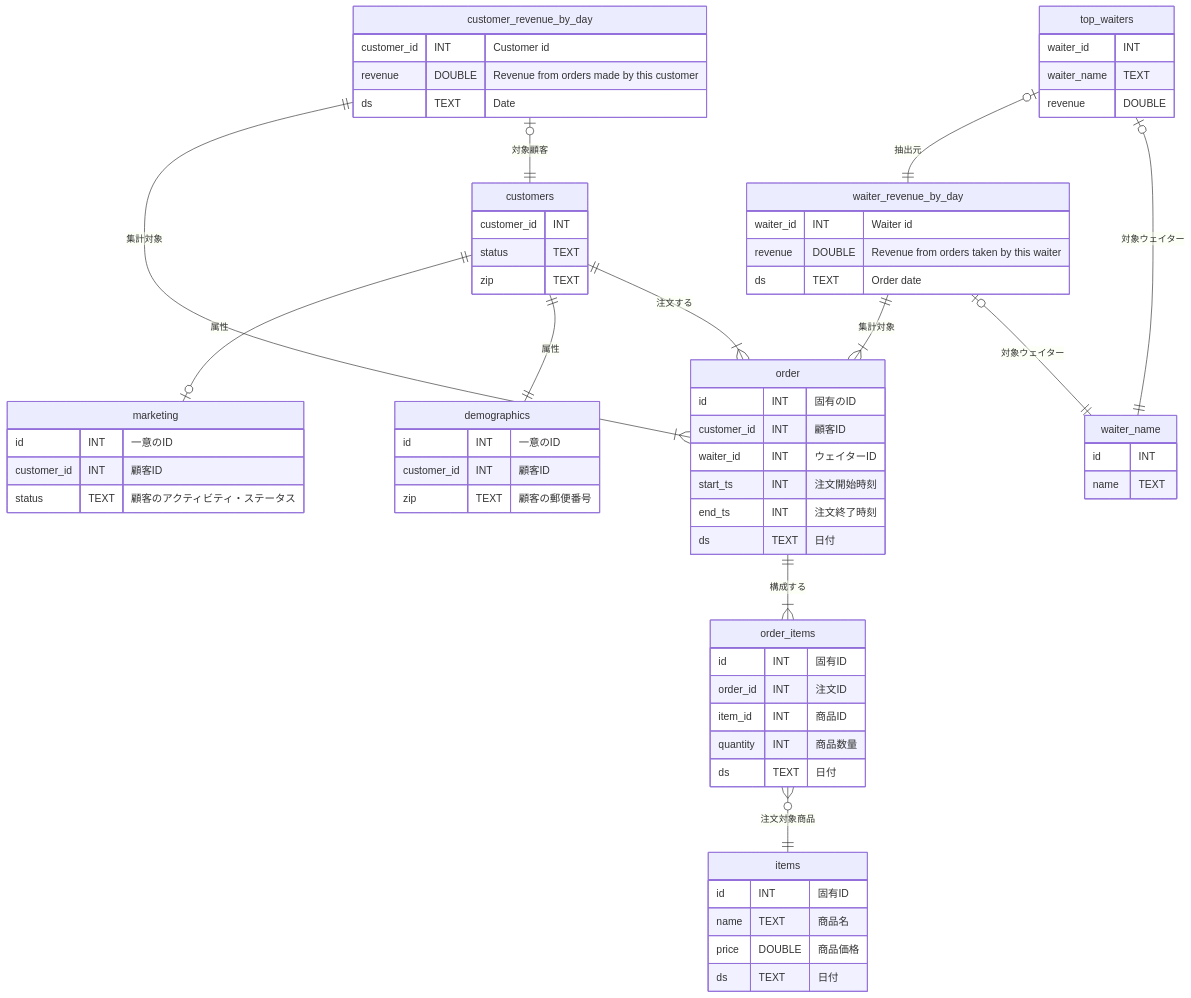
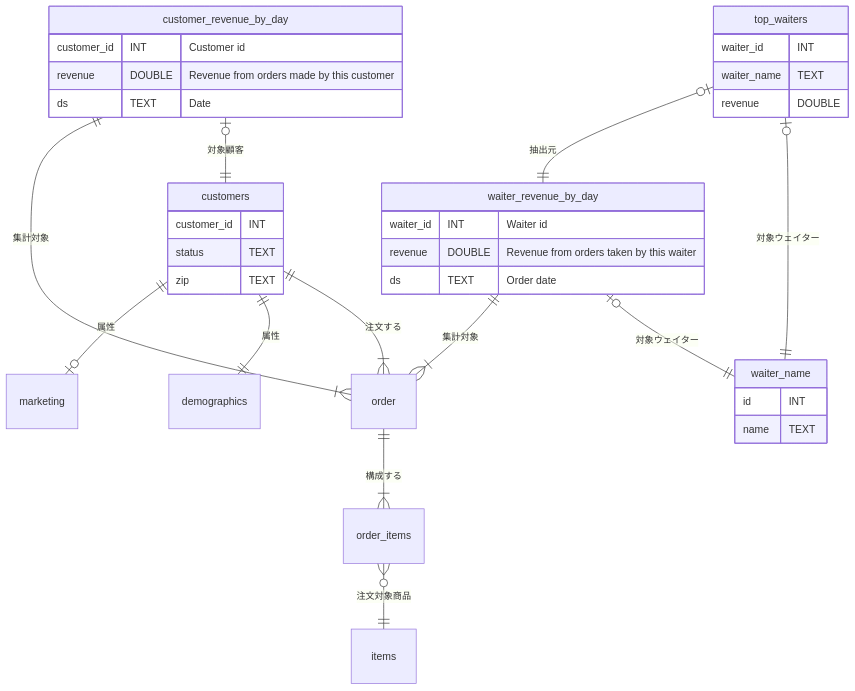
Before and after one commit to take0a/zenn-docs: the second of 2 diagrams in articles/8752f660373534.md, drawn with Mermaid.

Commit message:
これだと

````diff
--- a/articles/8752f660373534.md
+++ b/articles/8752f660373534.md
@@ -251,69 +251,48 @@
 ```mermaid
 erDiagram
     order ||--|{ order_items : "構成する"
     order_items }o--|| items : "注文対象商品"
     marketing {
-        id INT "一意のID"
-        customer_id INT "顧客ID"
-        status TEXT "顧客のアクティビティ・ステータス"
     }
     demographics {
-        id INT "一意のID"
-        customer_id INT "顧客ID"
-        zip TEXT "顧客の郵便番号"
     }
     order {
-        id INT "固有のID"
-        customer_id INT "顧客ID"
-        waiter_id INT "ウェイターID"
-        start_ts INT "注文開始時刻"
-        end_ts INT "注文終了時刻"
-        ds TEXT "日付"
     }
     order_items {
-        id INT "固有ID"
-        order_id INT "注文ID"
-        item_id INT "商品ID"
-        quantity INT "商品数量"
-        ds TEXT "日付"
     }
     items {
-        id INT "固有ID"
-        name TEXT "商品名"
-        price DOUBLE "商品価格"
-        ds TEXT "日付"
     }
     waiter_name {
         id INT
         name TEXT
     }
     customers ||--|{ order : "注文する"
     customers ||--|| demographics : "属性"
     customers ||--o| marketing : "属性"
     customers {
         customer_id INT
         status TEXT
         zip TEXT
     }
     customer_revenue_by_day |o--|| customers : "対象顧客"
     customer_revenue_by_day ||--|{ order : "集計対象"
     customer_revenue_by_day {
         customer_id INT "Customer id"
         revenue DOUBLE "Revenue from orders made by this customer"
         ds TEXT "Date"
     }
     waiter_revenue_by_day |o--|| waiter_name : "対象ウェイター"
     waiter_revenue_by_day ||--|{ order : "集計対象"
     waiter_revenue_by_day {
         waiter_id INT "Waiter id"
         revenue DOUBLE "Revenue from orders taken by this waiter"
         ds TEXT "Order date"
     }
     top_waiters |o--|| waiter_name : "対象ウェイター"
     top_waiters |o--|| waiter_revenue_by_day : "抽出元"
     top_waiters {
         waiter_id INT
         waiter_name TEXT
         revenue DOUBLE
     }
 ```
````
